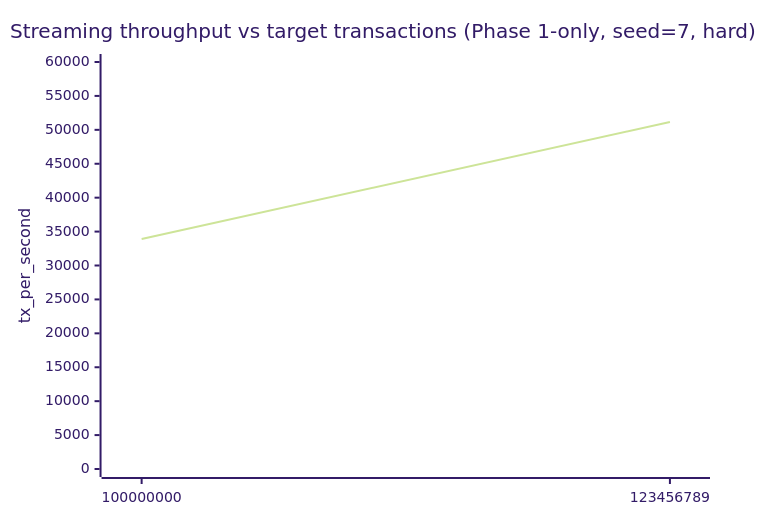
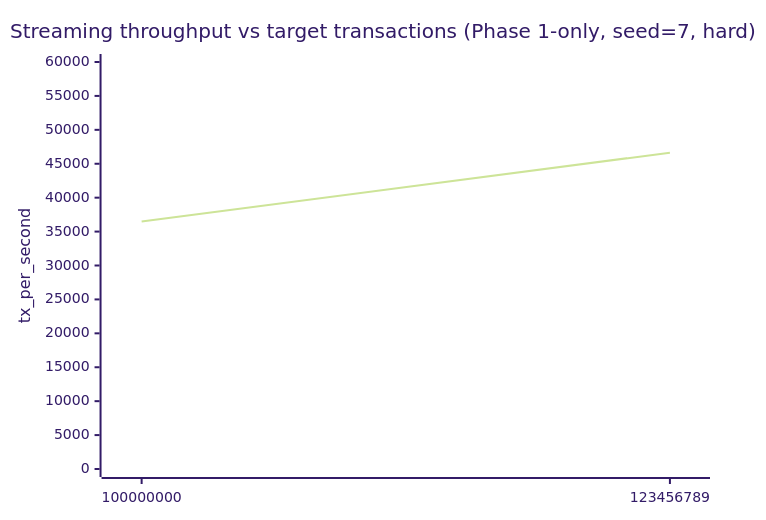
One commit to nguyenbaothienphuc070206/omni_project changed the third of 8 diagrams in README.md. Above: the diagram before and after it, drawn with Mermaid (forest theme). The commit also changed other lines of this file and 1 other file, not shown here.

````diff
--- a/README.md
+++ b/README.md
@@ -134,7 +134,7 @@
 ```mermaid
 xychart-beta
 	title "Streaming throughput vs target transactions (Phase 1-only, seed=7, hard)"
 	x-axis [100000000, 123456789]
 	y-axis "tx_per_second" 0 --> 60000
-	line [33917, 51148]
+	line [36488, 46634]
 ```
````
